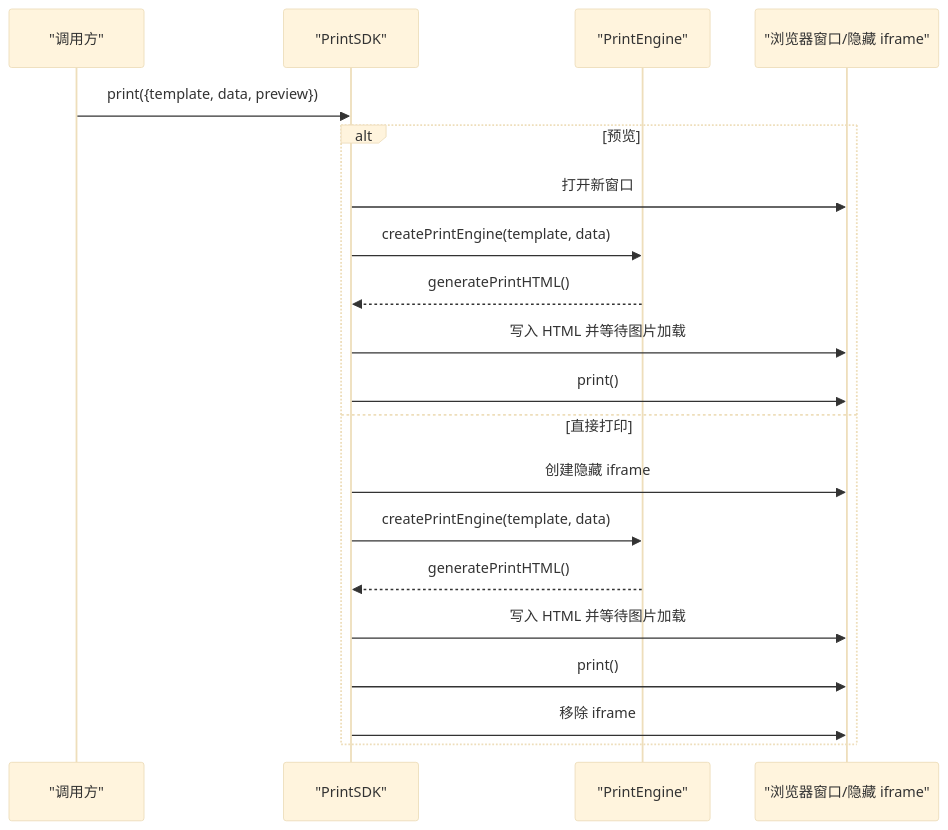
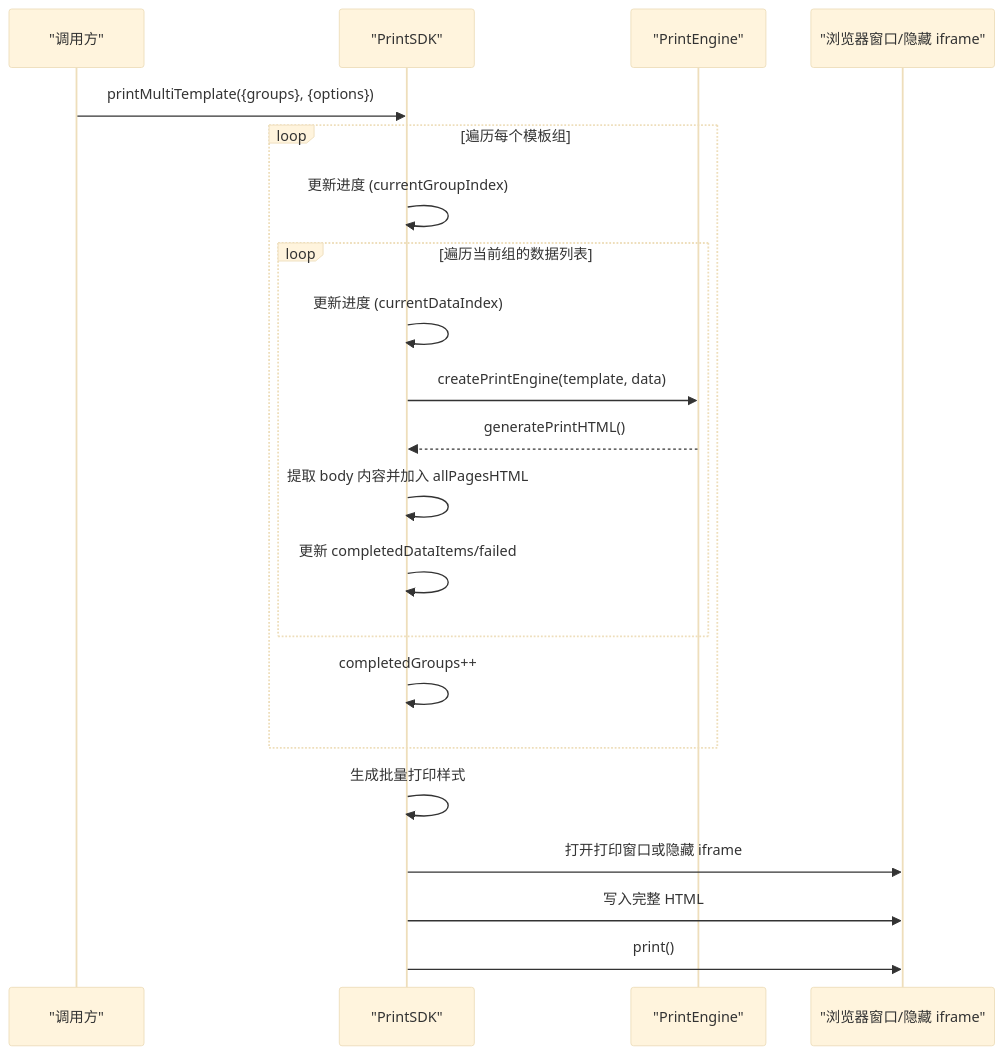
One commit to joker-yjc/printer changed the seventh of 8 diagrams in .qoder/repowiki/zh/content/项目概述/核心功能特性/核心功能特性.md. Above: the diagram before and after it, drawn with Mermaid (base theme). The commit also changed other lines of this file and 4 other files, not shown here.

````diff
--- a/.qoder/repowiki/zh/content/项目概述/核心功能特性/核心功能特性.md
+++ b/.qoder/repowiki/zh/content/项目概述/核心功能特性/核心功能特性.md
@@ -349,22 +372,23 @@
 ```mermaid
 sequenceDiagram
 participant C as "调用方"
 participant S as "PrintSDK"
 participant E as "PrintEngine"
 participant W as "浏览器窗口/隐藏 iframe"
-C->>S : print({template, data, preview})
-alt 预览
-S->>W : 打开新窗口
+C->>S : printMultiTemplate({groups}, {options})
+loop 遍历每个模板组
+S->>S : 更新进度 (currentGroupIndex)
+loop 遍历当前组的数据列表
+S->>S : 更新进度 (currentDataIndex)
 S->>E : createPrintEngine(template, data)
 E-->>S : generatePrintHTML()
-S->>W : 写入 HTML 并等待图片加载
+S->>S : 提取 body 内容并加入 allPagesHTML
+S->>S : 更新 completedDataItems/failed
+end
+S->>S : completedGroups++
+end
+S->>S : 生成批量打印样式
+S->>W : 打开打印窗口或隐藏 iframe
+S->>W : 写入完整 HTML
 S->>W : print()
-else 直接打印
-S->>W : 创建隐藏 iframe
-S->>E : createPrintEngine(template, data)
-E-->>S : generatePrintHTML()
-S->>W : 写入 HTML 并等待图片加载
-S->>W : print()
-S->>W : 移除 iframe
-end
 ```
````
